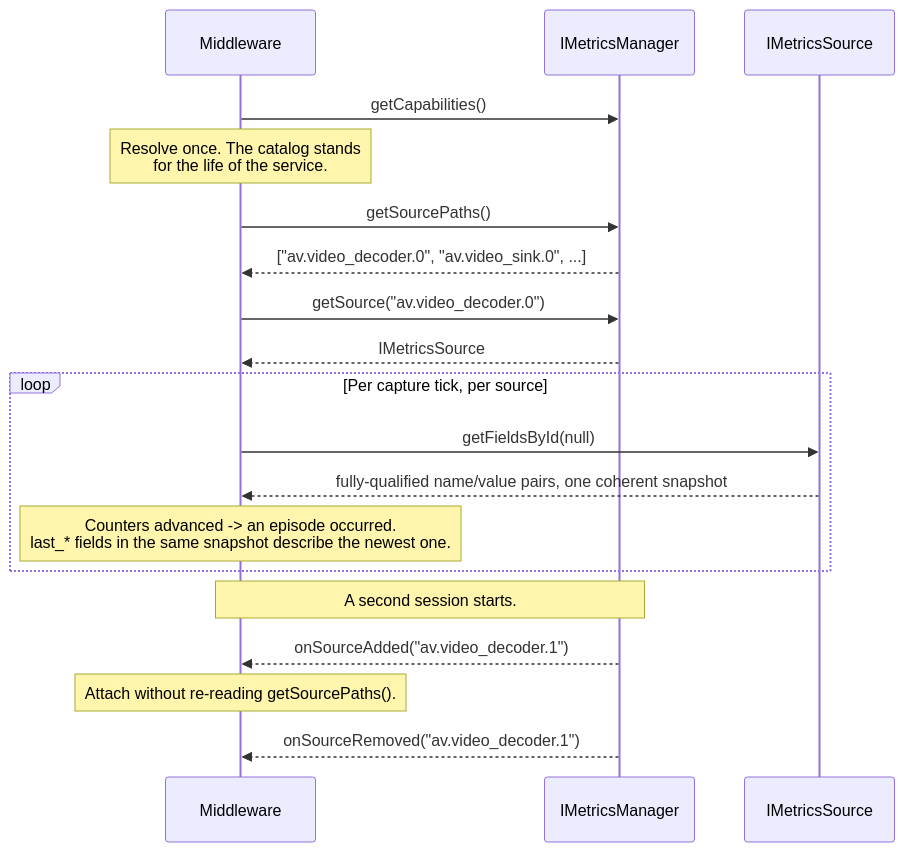
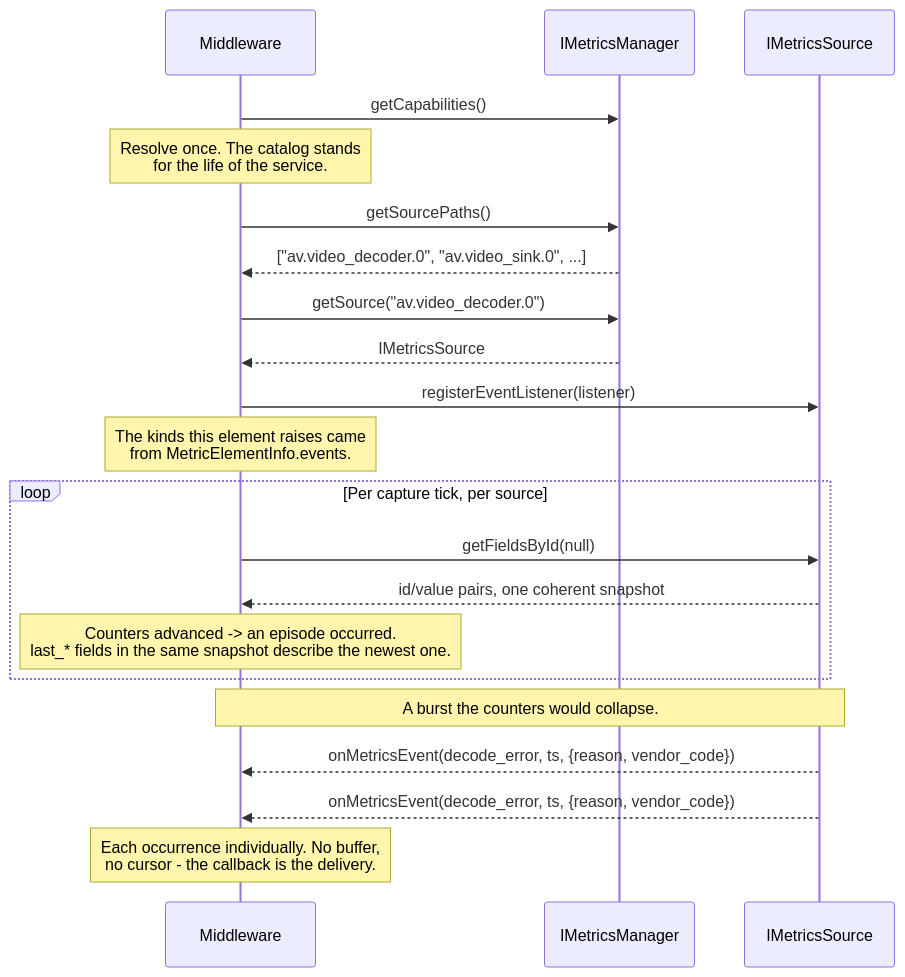
Before and after one commit to rdkcentral/rdk-halif-aidl: the second of 2 diagrams in metrics/current/docs/metrics.md, drawn with Mermaid. The commit also changed other lines of this file and 10 other files, not shown here.

````diff
--- a/metrics/current/docs/metrics.md
+++ b/metrics/current/docs/metrics.md
@@ -375,24 +385,27 @@
 ```mermaid
 sequenceDiagram
     participant Client as Middleware
     participant MGR as IMetricsManager
     participant SRC as IMetricsSource
 
     Client->>MGR: getCapabilities()
     note over Client: Resolve once. The catalog stands<br>for the life of the service.
     Client->>MGR: getSourcePaths()
     MGR-->>Client: ["av.video_decoder.0", "av.video_sink.0", ...]
     Client->>MGR: getSource("av.video_decoder.0")
     MGR-->>Client: IMetricsSource
 
+    Client->>SRC: registerEventListener(listener)
+    note over Client: The kinds this element raises came<br/>from MetricElementInfo.events.
+
     loop Per capture tick, per source
         Client->>SRC: getFieldsById(null)
-        SRC-->>Client: fully-qualified name/value pairs, one coherent snapshot
+        SRC-->>Client: id/value pairs, one coherent snapshot
         note over Client: Counters advanced -> an episode occurred.<br/>last_* fields in the same snapshot describe the newest one.
     end
 
-    note over MGR,Client: A second session starts.
-    MGR-->>Client: onSourceAdded("av.video_decoder.1")
-    note over Client: Attach without re-reading getSourcePaths().
-    MGR-->>Client: onSourceRemoved("av.video_decoder.1")
+    note over SRC,Client: A burst the counters would collapse.
+    SRC-->>Client: onMetricsEvent(decode_error, ts, {reason, vendor_code})
+    SRC-->>Client: onMetricsEvent(decode_error, ts, {reason, vendor_code})
+    note over Client: Each occurrence individually. No buffer,<br/>no cursor - the callback is the delivery.
 ```
````
